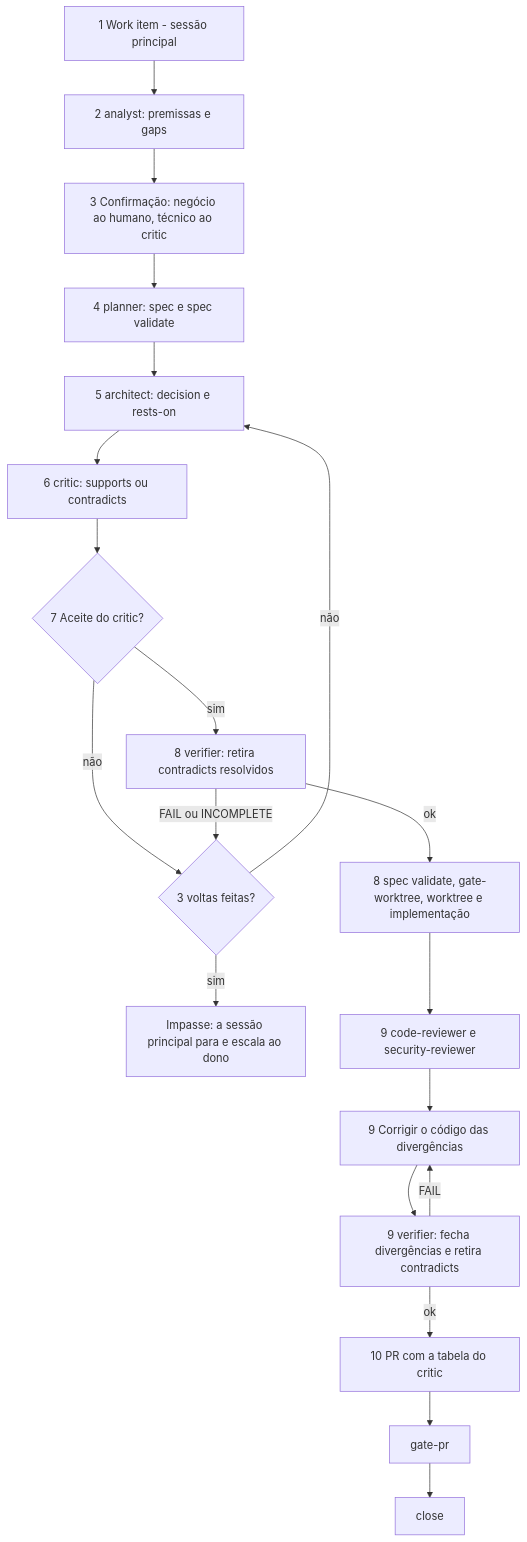
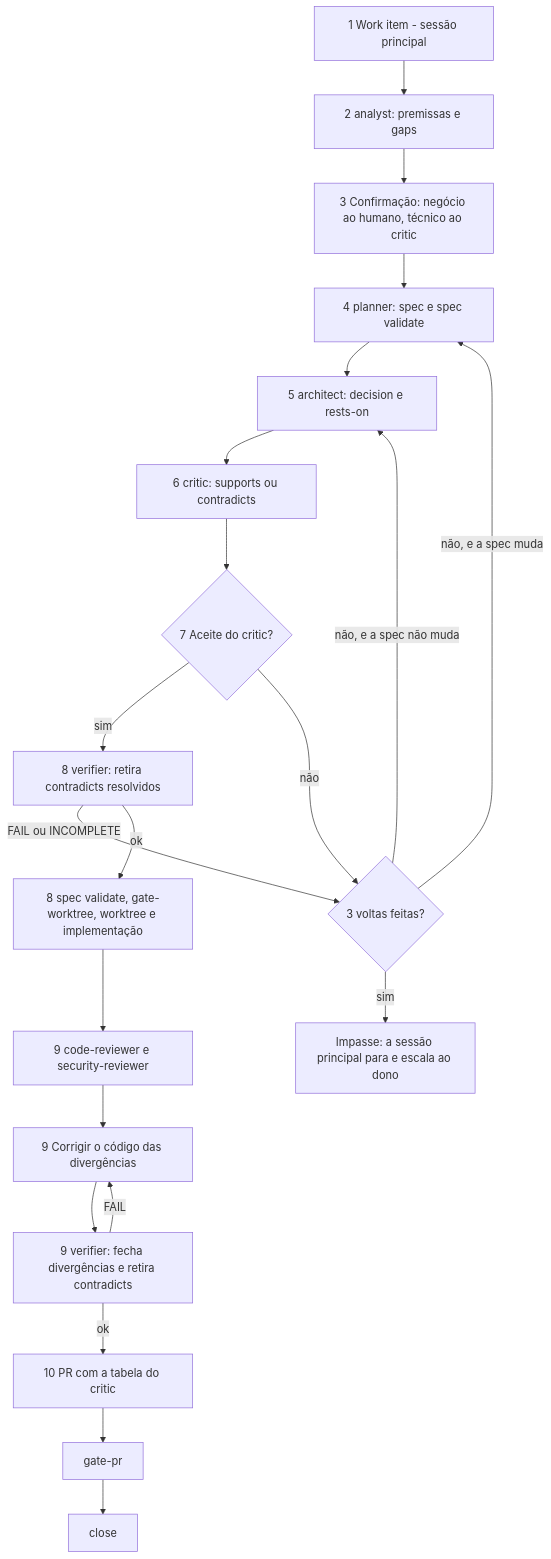
Before and after one commit to gabrielh-silvestre/oh-my-hexflow: the diagram in docs/directives-flow.md, drawn with Mermaid. The commit also changed other lines of this file and 4 other files, not shown here.

````diff
--- a/docs/directives-flow.md
+++ b/docs/directives-flow.md
@@ -697,22 +697,23 @@
 ```mermaid
 flowchart TD
   P1["1 Work item - sessão principal"] --> P2["2 analyst: premissas e gaps"]
   P2 --> P3["3 Confirmação: negócio ao humano, técnico ao critic"]
   P3 --> P4["4 planner: spec e spec validate"]
   P4 --> P5["5 architect: decision e rests-on"]
   P5 --> P6["6 critic: supports ou contradicts"]
   P6 --> P7{"7 Aceite do critic?"}
   P7 -- "sim" --> P8A["8 verifier: retira contradicts resolvidos"]
   P7 -- "não" --> LIM{"3 voltas feitas?"}
   P8A -- "FAIL ou INCOMPLETE" --> LIM
-  LIM -- "não" --> P5
+  LIM -- "não, e a spec não muda" --> P5
+  LIM -- "não, e a spec muda" --> P4
   LIM -- "sim" --> ESC["Impasse: a sessão principal para e escala ao dono"]
   P8A -- "ok" --> P8B["8 spec validate, gate-worktree, worktree e implementação"]
   P8B --> P9["9 code-reviewer e security-reviewer"]
   P9 --> FIX0["9 Corrigir o código das divergências"]
   FIX0 --> V9["9 verifier: fecha divergências e retira contradicts"]
   V9 -- "FAIL" --> FIX0
   V9 -- "ok" --> P10["10 PR com a tabela do critic"]
   P10 --> GP["gate-pr"]
   GP --> CL["close"]
 ```
````
